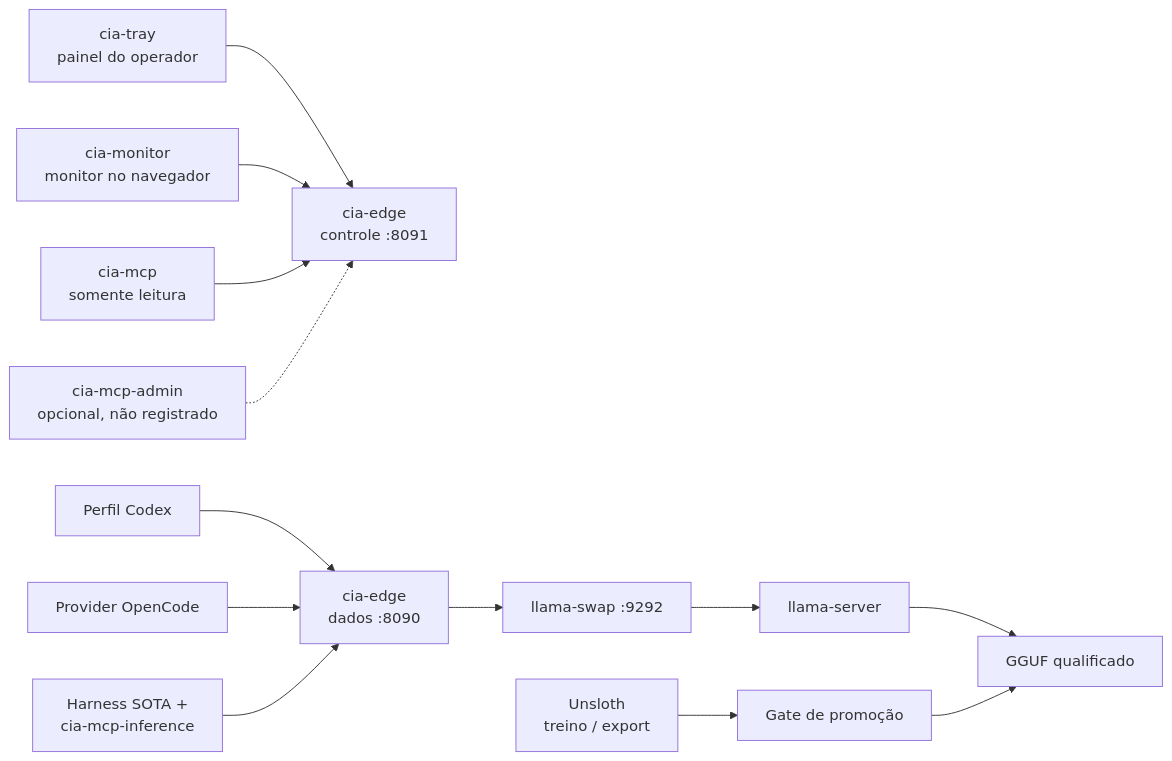
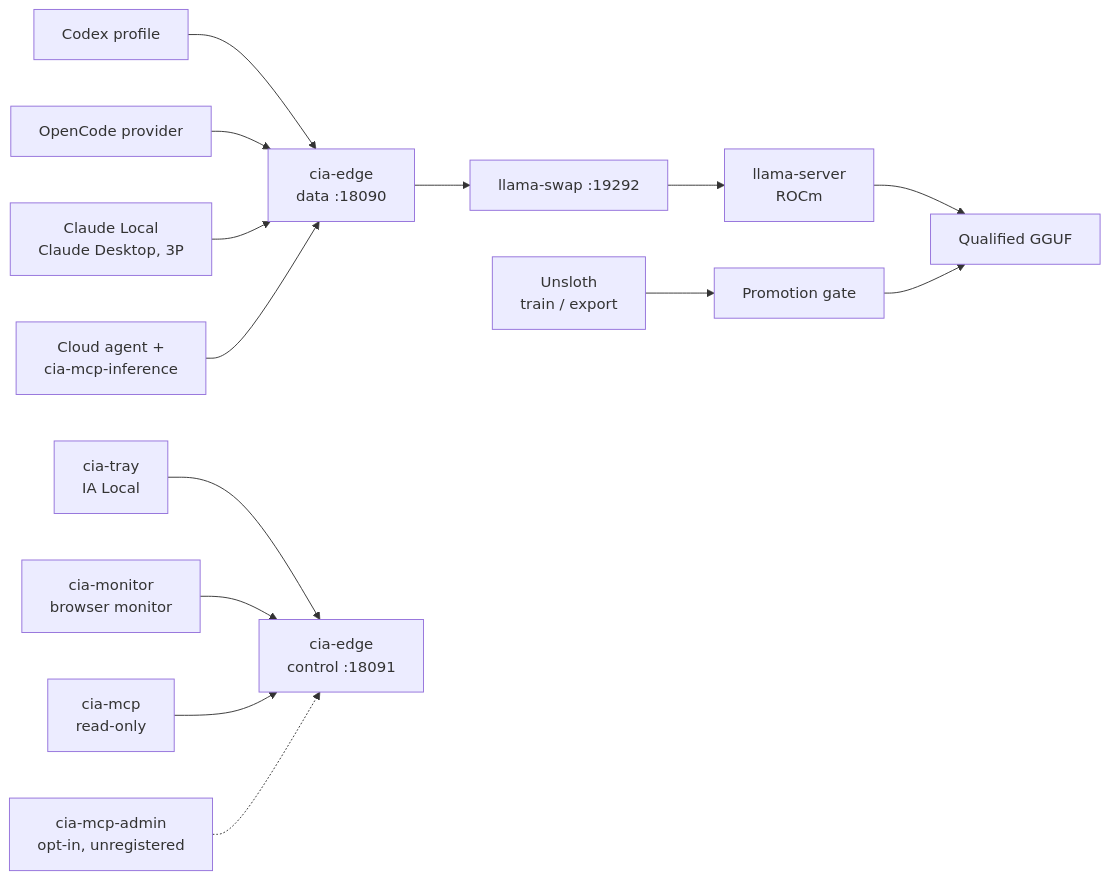
One commit to Sitr3n01/IA_local_server changed the diagram in README.md. Above: the diagram before and after it, drawn with Mermaid. The commit also changed other lines of this file and 14 other files, not shown here.

````diff
--- a/README.md
+++ b/README.md
@@ -46,16 +66,17 @@
 ```mermaid
 flowchart LR
-    T["cia-tray<br/>painel do operador"] --> P
-    W["cia-monitor<br/>monitor no navegador"] --> P
-    C["Perfil Codex"] --> E
-    O["Provider OpenCode"] --> E
-    E["cia-edge<br/>dados :8090"] --> S
-    P["cia-edge<br/>controle :8091"]
-    S["llama-swap :9292"] --> L["llama-server"]
-    L --> G["GGUF qualificado"]
-    M["cia-mcp<br/>somente leitura"] --> P
-    D["Harness SOTA +<br/>cia-mcp-inference"] --> E
-    A["cia-mcp-admin<br/>opcional, não registrado"] -.-> P
-    U["Unsloth<br/>treino / export"] --> Q["Gate de promoção"]
+    C["Codex profile"] --> E
+    O["OpenCode provider"] --> E
+    K["Claude Local<br/>Claude Desktop, 3P"] --> E
+    D["Cloud agent +<br/>cia-mcp-inference"] --> E
+    E["cia-edge<br/>data :18090"] --> S
+    S["llama-swap :19292"] --> L["llama-server<br/>ROCm"]
+    L --> G["Qualified GGUF"]
+    T["cia-tray<br/>IA Local"] --> P
+    W["cia-monitor<br/>browser monitor"] --> P
+    M["cia-mcp<br/>read-only"] --> P
+    A["cia-mcp-admin<br/>opt-in, unregistered"] -.-> P
+    P["cia-edge<br/>control :18091"]
+    U["Unsloth<br/>train / export"] --> Q["Promotion gate"]
     Q --> G
 ```
````
